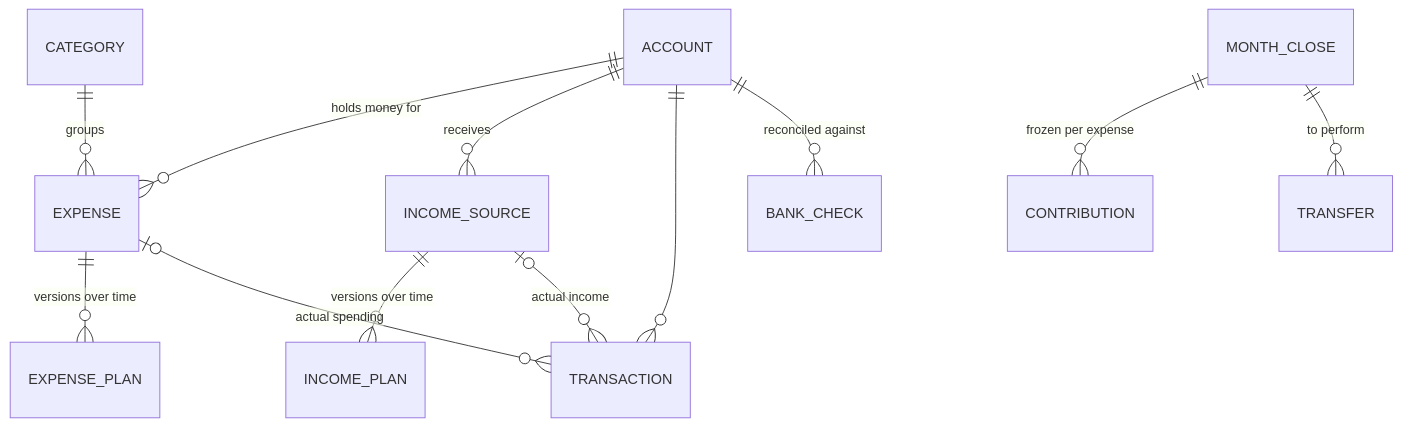
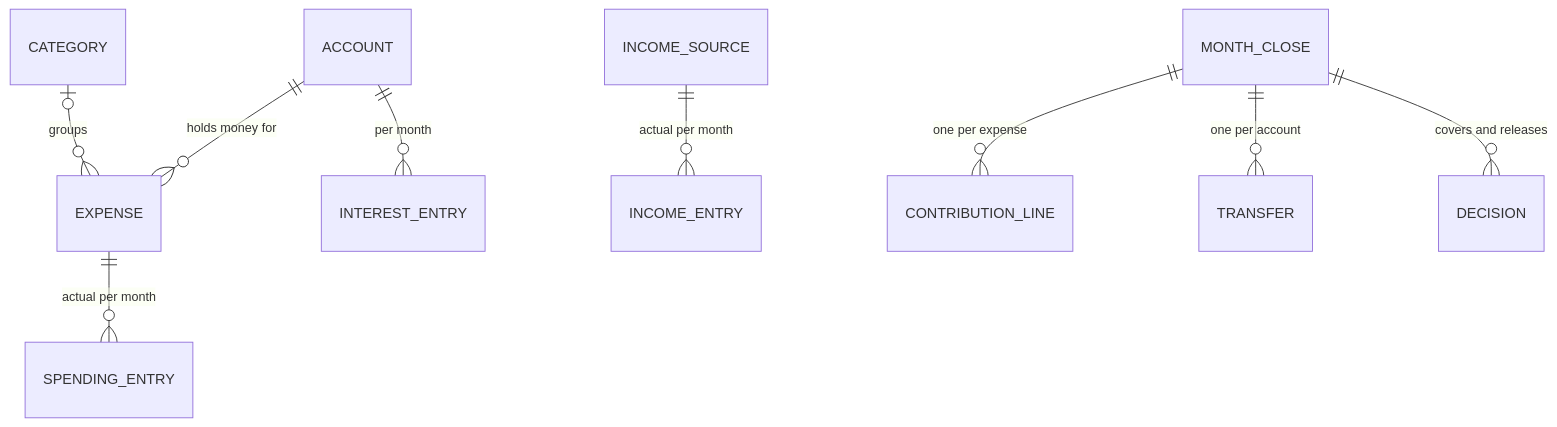
Before and after one commit to simonrydder/budget-manager: the second of 2 diagrams in docs/design.md, drawn with Mermaid. The commit also changed other lines of this file and 90 other files, not shown here.

````diff
--- a/docs/design.md
+++ b/docs/design.md
@@ -44,14 +86,11 @@
 ```mermaid
 erDiagram
   ACCOUNT ||--o{ EXPENSE : "holds money for"
-  CATEGORY ||--o{ EXPENSE : groups
-  EXPENSE ||--o{ EXPENSE_PLAN : "versions over time"
-  ACCOUNT ||--o{ INCOME_SOURCE : "receives"
-  INCOME_SOURCE ||--o{ INCOME_PLAN : "versions over time"
-  ACCOUNT ||--o{ TRANSACTION : ""
-  EXPENSE |o--o{ TRANSACTION : "actual spending"
-  INCOME_SOURCE |o--o{ TRANSACTION : "actual income"
-  MONTH_CLOSE ||--o{ CONTRIBUTION : "frozen per expense"
-  MONTH_CLOSE ||--o{ TRANSFER : "to perform"
-  ACCOUNT ||--o{ BANK_CHECK : "reconciled against"
+  CATEGORY |o--o{ EXPENSE : groups
+  EXPENSE ||--o{ SPENDING_ENTRY : "actual per month"
+  INCOME_SOURCE ||--o{ INCOME_ENTRY : "actual per month"
+  ACCOUNT ||--o{ INTEREST_ENTRY : "per month"
+  MONTH_CLOSE ||--o{ CONTRIBUTION_LINE : "one per expense"
+  MONTH_CLOSE ||--o{ TRANSFER : "one per account"
+  MONTH_CLOSE ||--o{ DECISION : "covers and releases"
 ```
````
